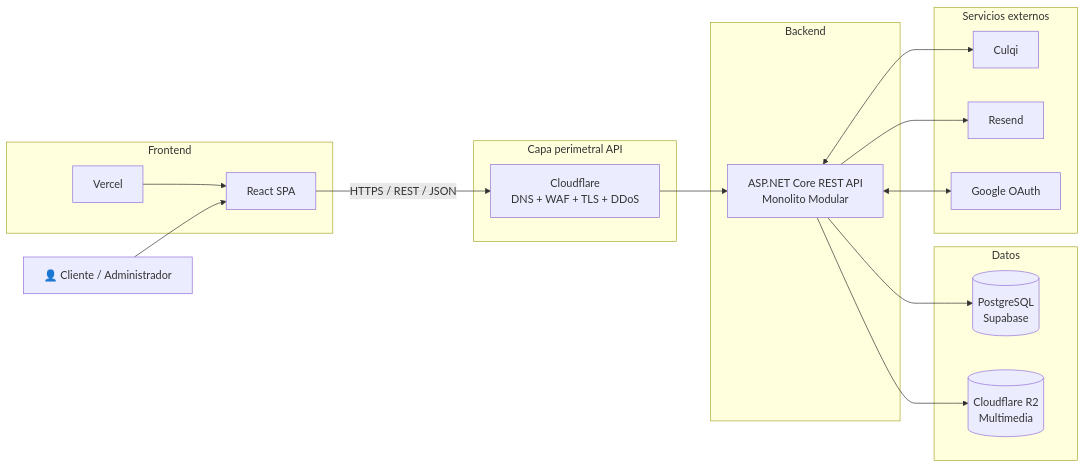
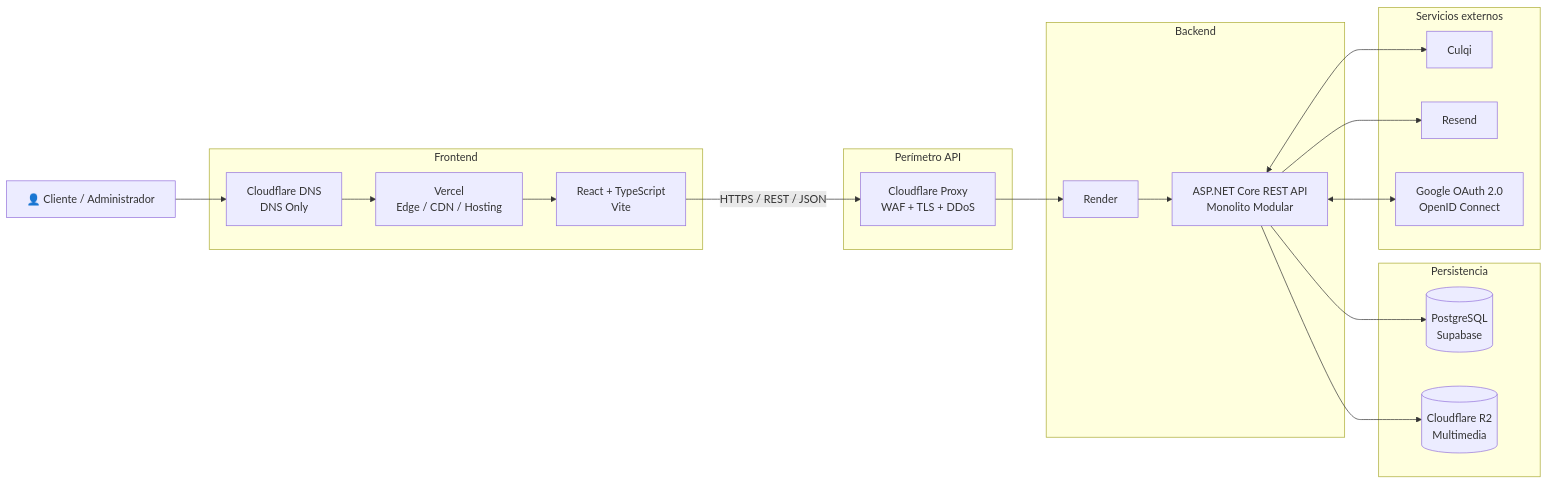
The first of 5 diagrams in README.md (AiColleman/DMGoTravell), drawn with Mermaid before and after one commit. The commit also changed other lines of this file, not shown here.

Commit message:
fix: update README.md for clarity and completeness in project description, objectives, and architecture details

````diff
--- a/README.md
+++ b/README.md
@@ -211,42 +214,46 @@
 ```mermaid
 flowchart LR
 
     USER["👤 Cliente / Administrador"]
 
     subgraph FRONT["Frontend"]
-        VERCEL["Vercel"]
-        REACT["React SPA"]
+        DNS["Cloudflare DNS<br/>DNS Only"]
+        VERCEL["Vercel<br/>Edge / CDN / Hosting"]
+        REACT["React + TypeScript<br/>Vite"]
+
+        DNS --> VERCEL
         VERCEL --> REACT
     end
 
-    subgraph EDGE["Capa perimetral API"]
-        CF["Cloudflare<br/>DNS + WAF + TLS + DDoS"]
+    subgraph EDGE["Perímetro API"]
+        CF["Cloudflare Proxy<br/>WAF + TLS + DDoS"]
     end
 
     subgraph BACK["Backend"]
+        RENDER["Render"]
         API["ASP.NET Core REST API<br/>Monolito Modular"]
+
+        RENDER --> API
     end
 
-    subgraph DATA["Datos"]
+    subgraph DATA["Persistencia"]
         DB[("PostgreSQL<br/>Supabase")]
         R2[("Cloudflare R2<br/>Multimedia")]
     end
 
     subgraph EXT["Servicios externos"]
         CULQI["Culqi"]
         RESEND["Resend"]
-        GOOGLE["Google OAuth"]
+        GOOGLE["Google OAuth 2.0<br/>OpenID Connect"]
     end
 
-    USER --> REACT
-
+    USER --> DNS
     REACT -->|"HTTPS / REST / JSON"| CF
-    CF --> API
+    CF --> RENDER
 
     API --> DB
     API --> R2
-
     API <--> CULQI
     API --> RESEND
     API <--> GOOGLE
 ```
````
